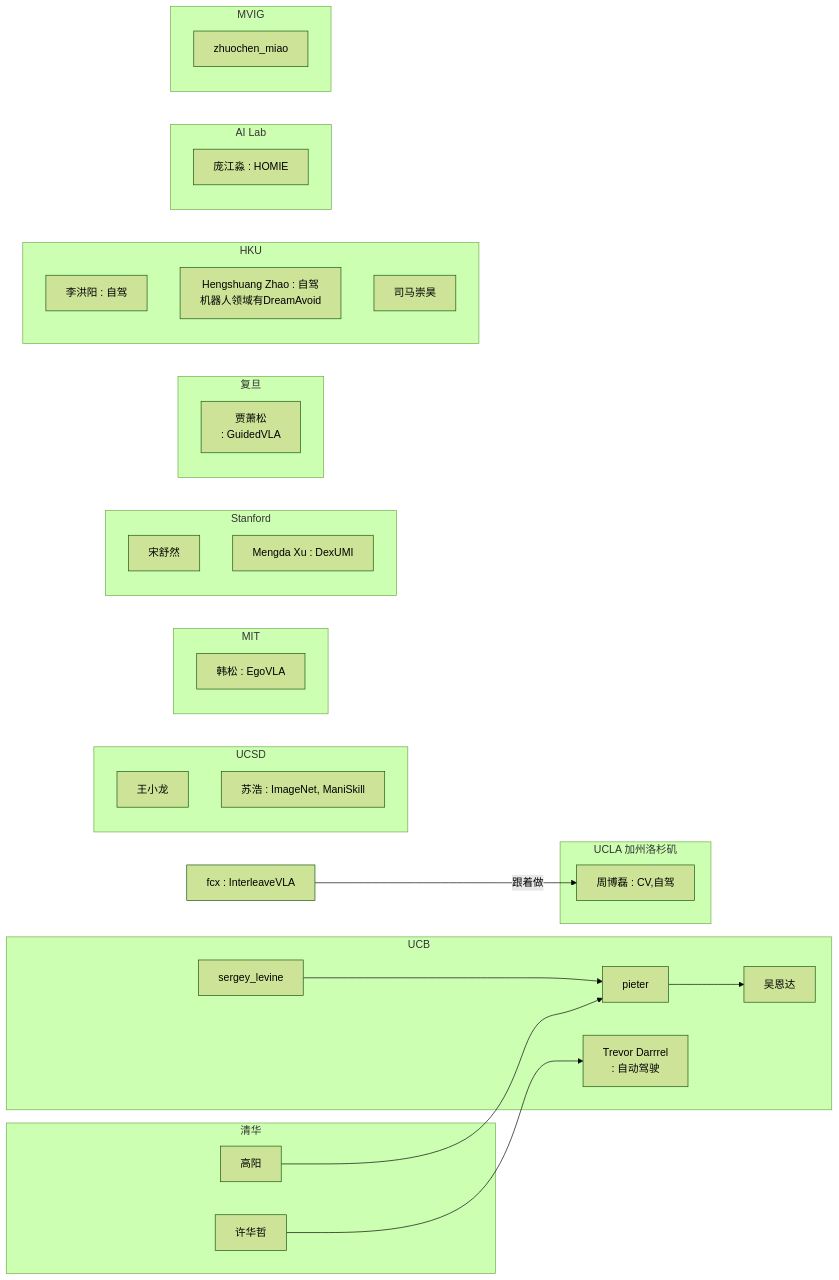
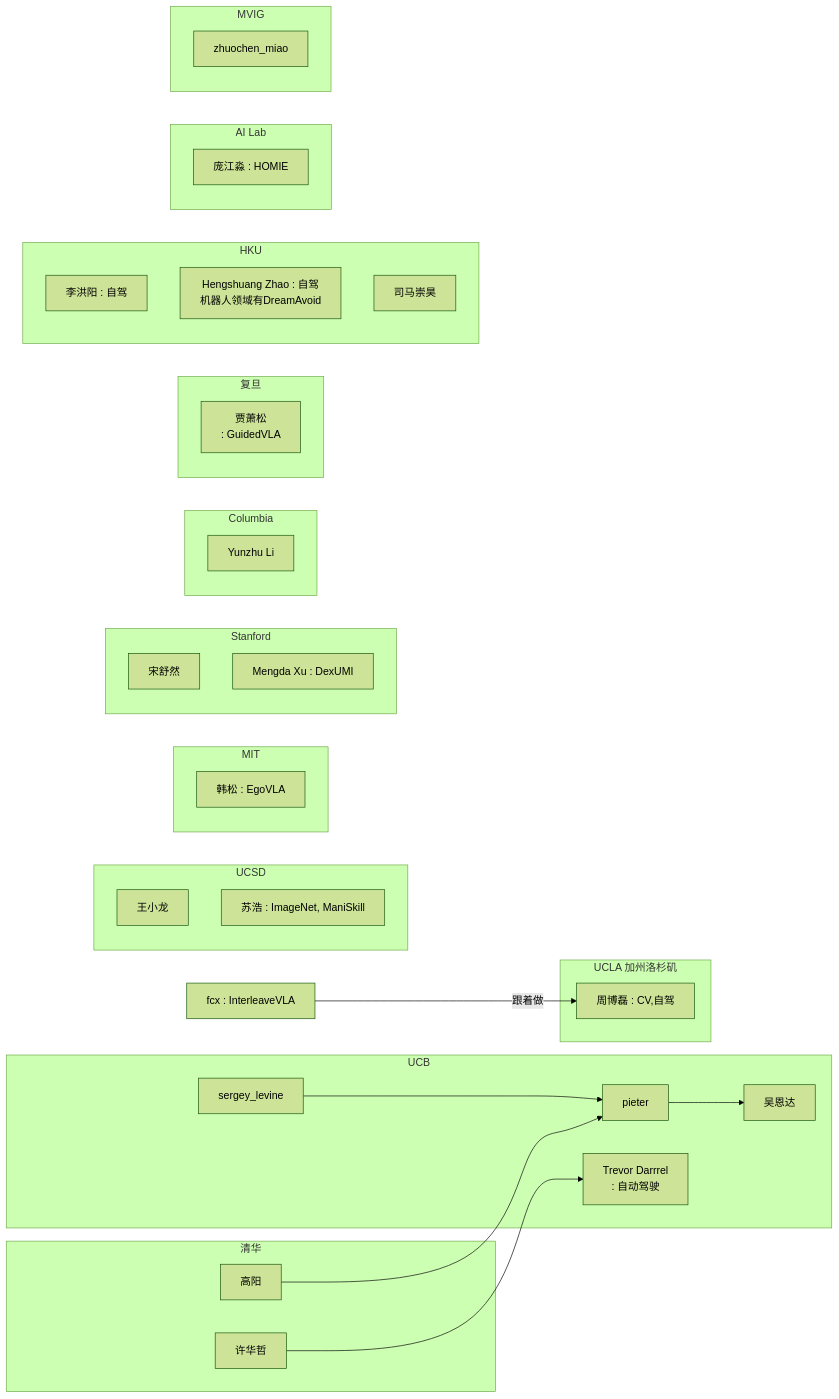
One commit to julyfun/how-to changed the first of 2 diagrams in peoples.md. Above: the diagram before and after it, drawn with Mermaid (forest theme). The commit also changed 1 other file, not shown here.

Commit message:
M papers/papers-batch-2.md | M peoples.md

````diff
--- a/peoples.md
+++ b/peoples.md
@@ -11,50 +11,54 @@
 ```mermaid
 flowchart LR
     subgraph UCB
         pieter --> wuenda[吴恩达]
         sergey_levine --> pieter
         trevor_darrrel[Trevor Darrrel<br> : 自动驾驶]
     end
 
     subgraph 清华
         yang_gao[高阳] --> pieter
         huazhe[许华哲] --> trevor_darrrel
     end
 
     subgraph UCSD
         xiaolong_wang[王小龙]
         hao_su[苏浩 : ImageNet, ManiSkill]
     end
 
     subgraph MIT
         song_han[韩松 : EgoVLA]
     end
 
     subgraph Stanford
         shurang_song[宋舒然]
         mengda_xu[Mengda Xu : DexUMI]
     end
 
+    subgraph Columbia
+        yunzhu_li[Yunzhu Li]
+    end
+
     fcx[fcx : InterleaveVLA] -->|"跟着做"| bolei_zhou
     subgraph UCLA 加州洛杉矶
         bolei_zhou[周博磊 : CV,自驾]
     end
 
     subgraph 复旦
         xiaosong_jia[贾萧松<br>: GuidedVLA]
     end
 
     subgraph HKU
         hongyang_li[李洪阳 : 自驾]
         hengshuang_zhao[Hengshuang Zhao : 自驾 <br> 机器人领域有DreamAvoid]
         chonghao[司马崇昊]
     end
 
     subgraph AI Lab
         jiangmiao_pang[庞江淼 : HOMIE]
     end
 
     subgraph MVIG
         zhuochen_miao
     end
 ```
````
